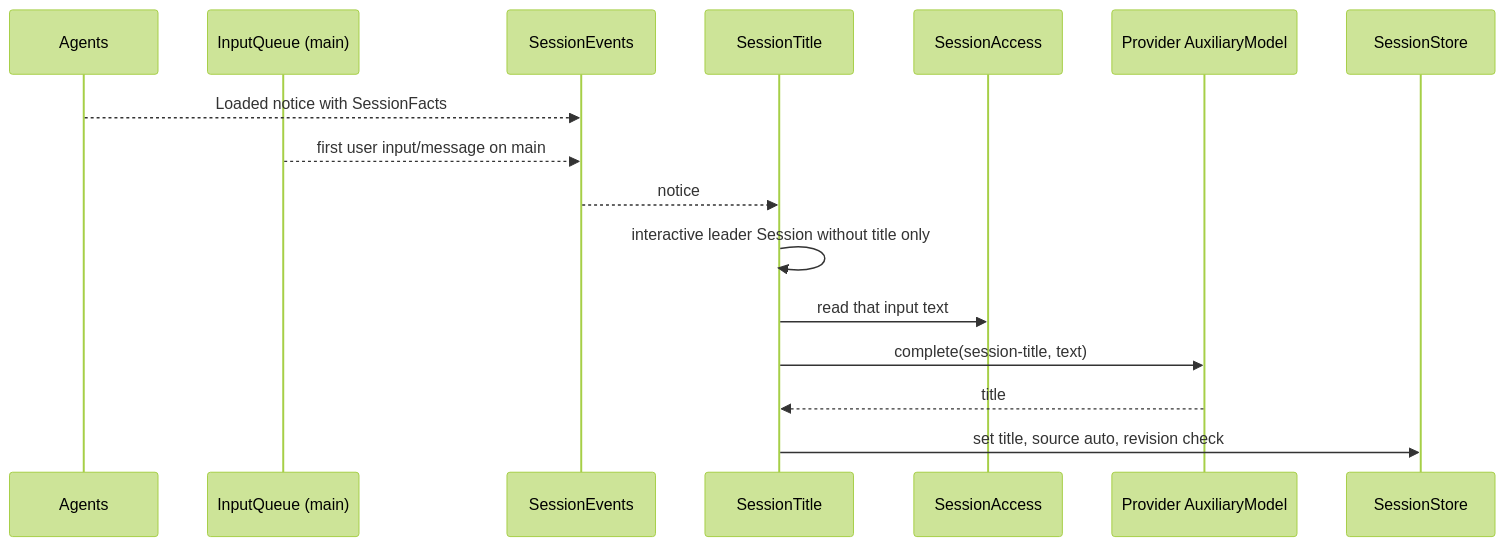
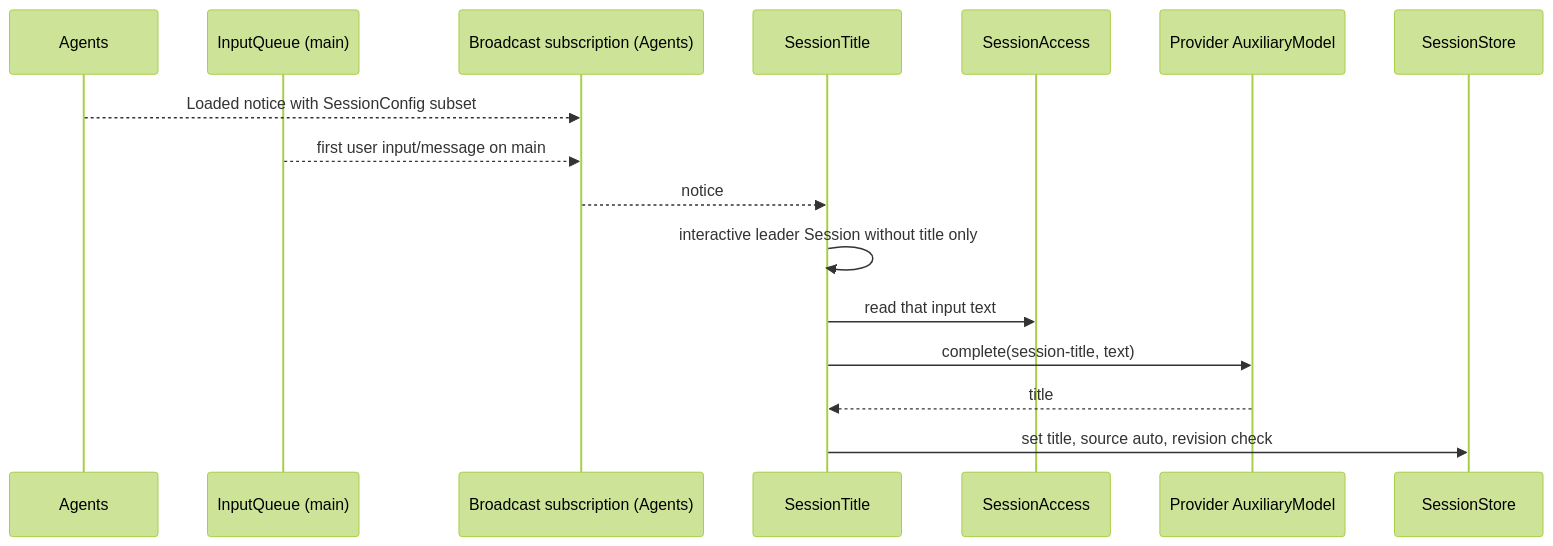
One commit to CoutinhoTTS/dim-agent changed the sixth of 9 diagrams in docs/design/overview.md. Above: the diagram before and after it, drawn with Mermaid (forest theme). The commit also changed other lines of this file, not shown here.

````diff
--- a/docs/design/overview.md
+++ b/docs/design/overview.md
@@ -231,18 +231,18 @@
 ```mermaid
 sequenceDiagram
   participant AG as Agents
   participant IQ as InputQueue (main)
-  participant SE as SessionEvents
+  participant SE as Broadcast subscription (Agents)
   participant ST as SessionTitle
   participant SA as SessionAccess
   participant PR as Provider AuxiliaryModel
   participant SS as SessionStore
-  AG-->>SE: Loaded notice with SessionFacts
+  AG-->>SE: Loaded notice with SessionConfig subset
   IQ-->>SE: first user input/message on main
   SE-->>ST: notice
   ST->>ST: interactive leader Session without title only
   ST->>SA: read that input text
   ST->>PR: complete(session-title, text)
   PR-->>ST: title
   ST->>SS: set title, source auto, revision check
 ```
````
